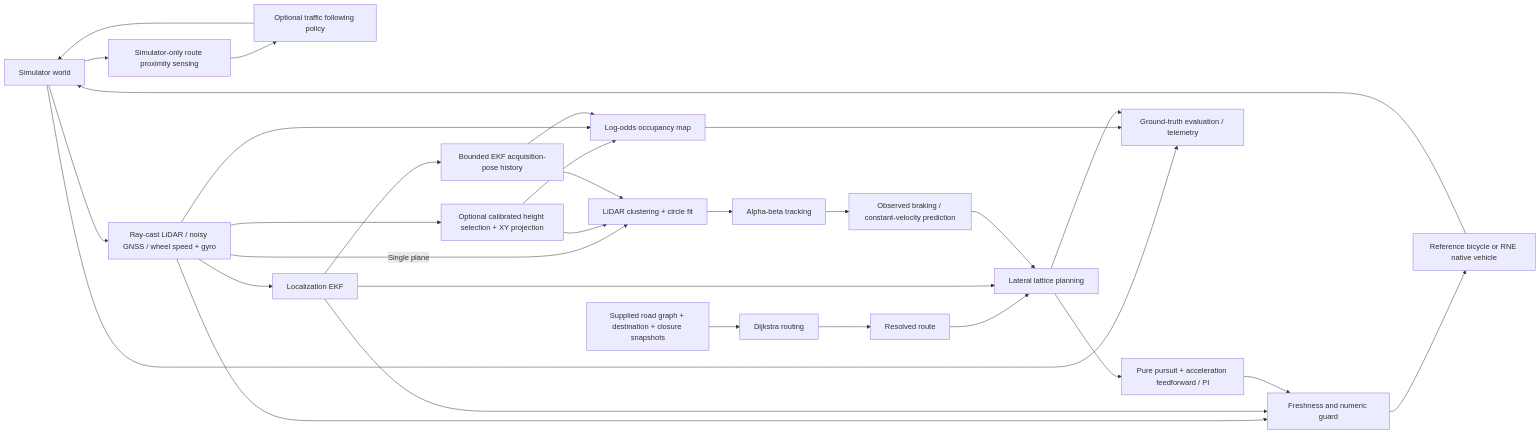
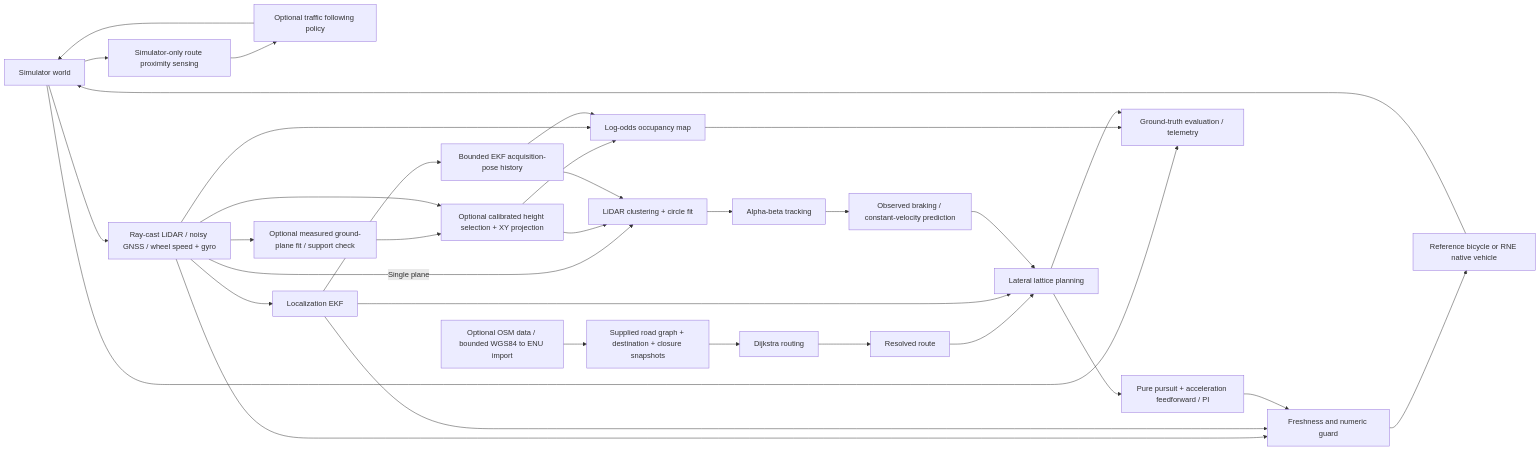
The diagram in docs/architecture.md (rsasaki0109/rust_drive), drawn with Mermaid before and after one commit. The commit also changed other lines of this file and 76 other files, not shown here.

Commit message:
Integrate measured ground, research body and attributed OSM roads

````diff
--- a/docs/architecture.md
+++ b/docs/architecture.md
@@ -9,32 +9,35 @@
 ```mermaid
 flowchart LR
   W[Simulator world] --> S[Ray-cast LiDAR / noisy GNSS / wheel speed + gyro]
   W --> AS[Simulator-only route proximity sensing]
   AS --> AC[Optional traffic following policy]
   AC --> W
   S --> L[Localization EKF]
   S -->|Single plane| P[LiDAR clustering + circle fit]
-  S --> HP[Optional calibrated height selection + XY projection]
+  S --> GP[Optional measured ground-plane fit / support check]
+  GP --> HP[Optional calibrated height selection + XY projection]
+  S --> HP
   HP --> P
   HP --> M
   L --> H[Bounded EKF acquisition-pose history]
   H --> P
   P --> T[Alpha-beta tracking]
   T --> F[Observed braking / constant-velocity prediction]
   S --> M[Log-odds occupancy map]
   H --> M
-  N[Supplied road graph + destination + closure snapshots] --> D[Dijkstra routing]
+  O[Optional OSM data / bounded WGS84 to ENU import] --> N[Supplied road graph + destination + closure snapshots]
+  N --> D[Dijkstra routing]
   D --> R[Resolved route]
   R --> A[Lateral lattice planning]
   L --> A
   F --> A
   A --> C[Pure pursuit + acceleration feedforward / PI]
   S --> G[Freshness and numeric guard]
   L --> G
   C --> G
   G --> B[Reference bicycle or RNE native vehicle]
   B --> W
   W --> E[Ground-truth evaluation / telemetry]
   M --> E
   A --> E
 ```
````
